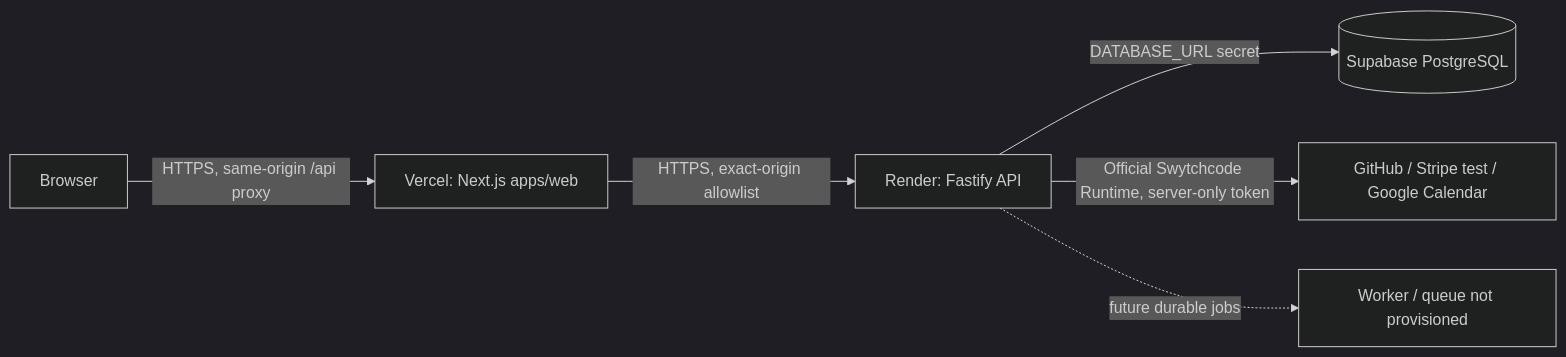
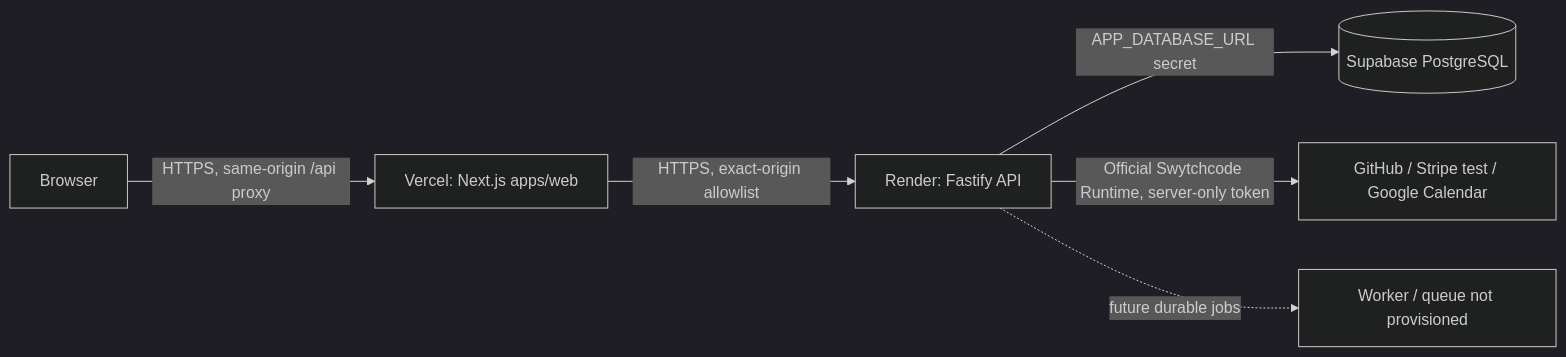
The diagram in README.md (hitakshijoshi20072911/scppi), drawn with Mermaid (dark theme) before and after one commit. The commit also changed other lines of this file and 13 other files, not shown here.

````diff
--- a/README.md
+++ b/README.md
@@ -36,8 +36,8 @@
 ```mermaid
 flowchart LR
   B[Browser] -->|HTTPS, same-origin /api proxy| V[Vercel: Next.js apps/web]
   V -->|HTTPS, exact-origin allowlist| R[Render: Fastify API]
-  R -->|DATABASE_URL secret| S[(Supabase PostgreSQL)]
+  R -->|APP_DATABASE_URL secret| S[(Supabase PostgreSQL)]
   R -->|Official Swytchcode Runtime, server-only token| W[GitHub / Stripe test / Google Calendar]
   R -. future durable jobs .-> Q[Worker / queue not provisioned]
 ```
````
